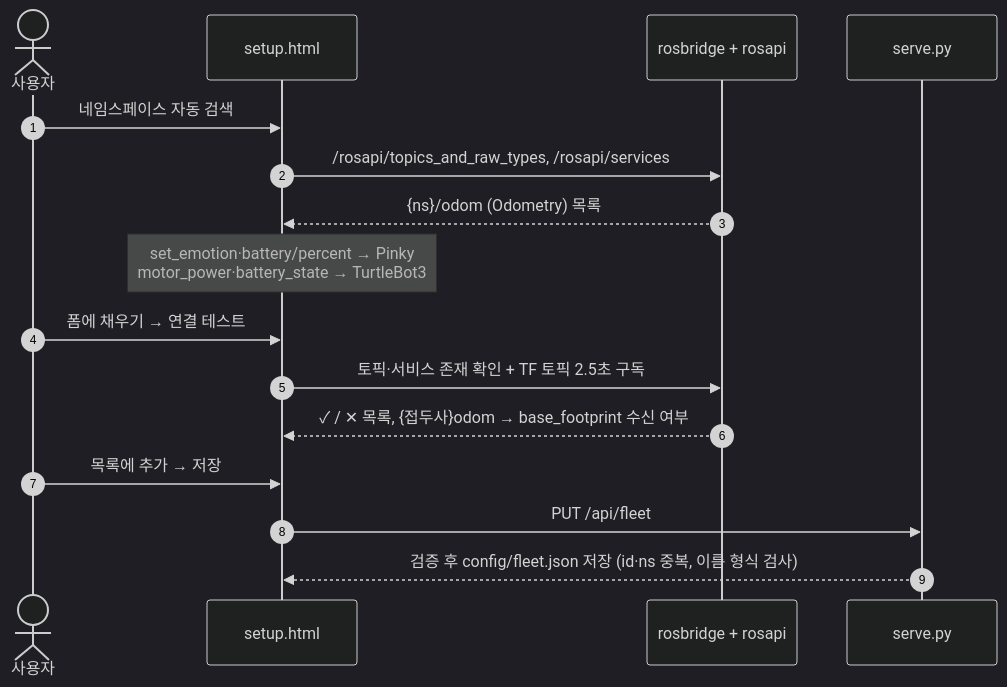
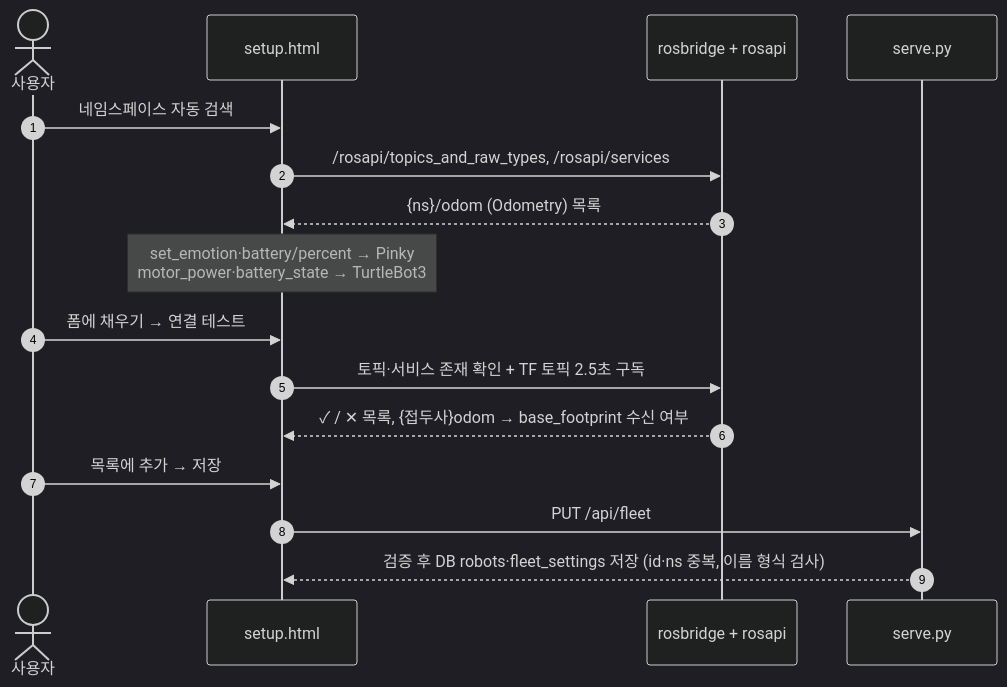
One commit to ryankim8815/ros2-fleet-console changed diagram 13 of 19 in docs/architecture.md. Above: the diagram before and after it, drawn with Mermaid (dark theme). The commit also changed other lines of this file and 28 other files, not shown here.

````diff
--- a/docs/architecture.md
+++ b/docs/architecture.md
@@ -436,19 +435,19 @@
 ```mermaid
 sequenceDiagram
     autonumber
     actor U as 사용자
     participant S as setup.html
     participant R as rosbridge + rosapi
     participant H as serve.py
 
     U->>S: 네임스페이스 자동 검색
     S->>R: /rosapi/topics_and_raw_types, /rosapi/services
     R-->>S: {ns}/odom (Odometry) 목록
     Note over S: set_emotion·battery/percent → Pinky<br/>motor_power·battery_state → TurtleBot3
     U->>S: 폼에 채우기 → 연결 테스트
     S->>R: 토픽·서비스 존재 확인 + TF 토픽 2.5초 구독
     R-->>S: ✓ / ✕ 목록, {접두사}odom → base_footprint 수신 여부
     U->>S: 목록에 추가 → 저장
     S->>H: PUT /api/fleet
-    H-->>S: 검증 후 config/fleet.json 저장 (id·ns 중복, 이름 형식 검사)
+    H-->>S: 검증 후 DB robots·fleet_settings 저장 (id·ns 중복, 이름 형식 검사)
 ```
````
